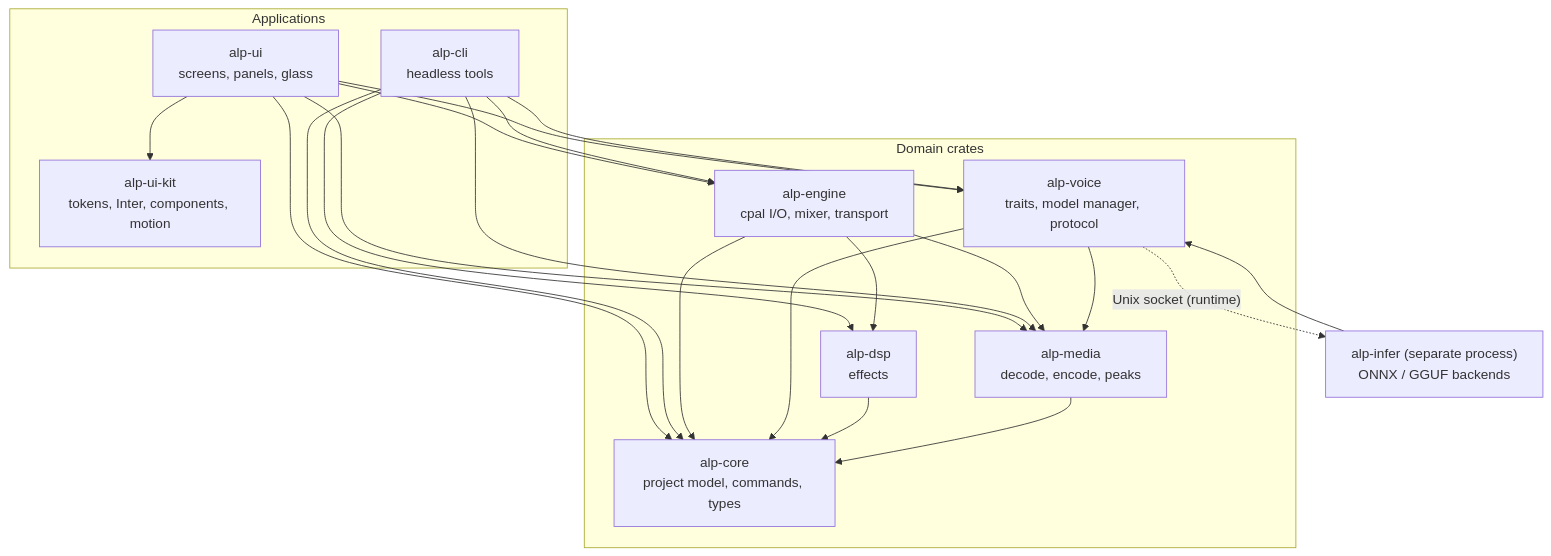
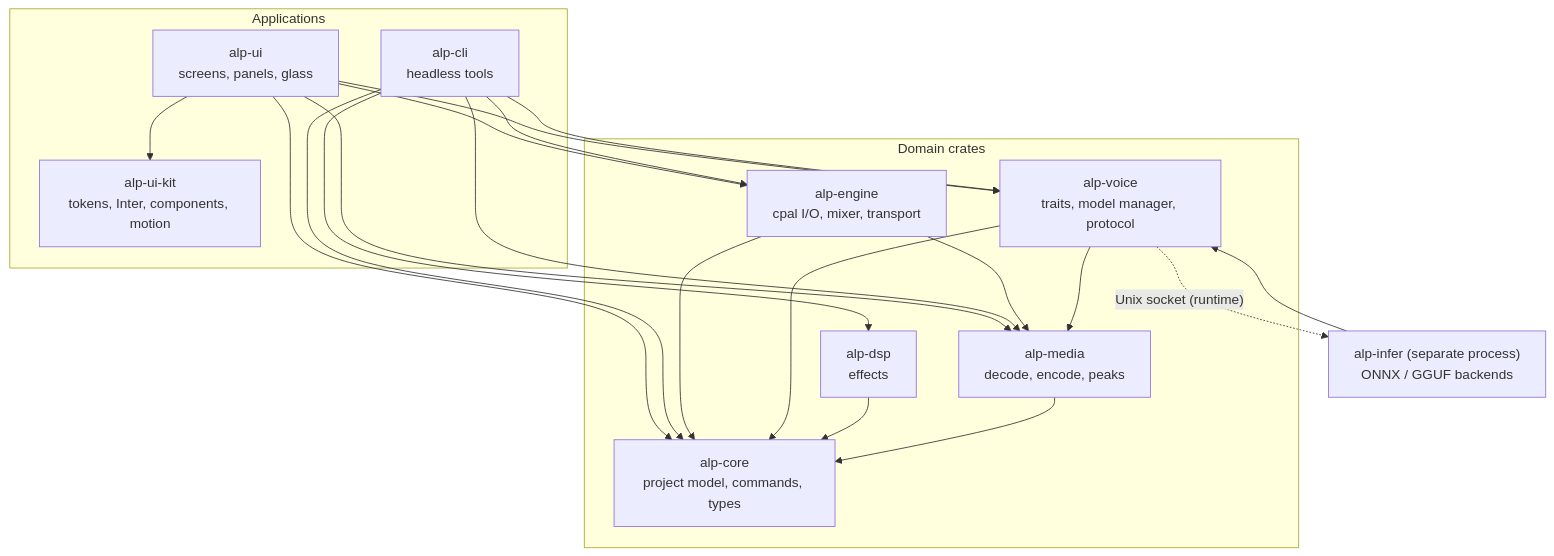
One commit to zvirox/audio-labs-pro changed the diagram in docs/architecture/ARCHITECTURE.md. Above: the diagram before and after it, drawn with Mermaid. The commit also changed other lines of this file and 113 other files, not shown here.

````diff
--- a/docs/architecture/ARCHITECTURE.md
+++ b/docs/architecture/ARCHITECTURE.md
@@ -24,36 +25,35 @@
 ```mermaid
 flowchart TD
   subgraph APP["Applications"]
     UI["alp-ui<br/>screens, panels, glass"]
     CLI["alp-cli<br/>headless tools"]
     KIT["alp-ui-kit<br/>tokens, Inter, components, motion"]
   end
   subgraph DOMAIN["Domain crates"]
     ENG["alp-engine<br/>cpal I/O, mixer, transport"]
     VOICE["alp-voice<br/>traits, model manager, protocol"]
     DSP["alp-dsp<br/>effects"]
     MEDIA["alp-media<br/>decode, encode, peaks"]
     CORE["alp-core<br/>project model, commands, types"]
   end
   INFER["alp-infer (separate process)<br/>ONNX / GGUF backends"]
 
   UI --> KIT
   UI --> ENG
   UI --> VOICE
   UI --> MEDIA
   UI --> CORE
   CLI --> ENG
   CLI --> VOICE
   CLI --> DSP
   CLI --> MEDIA
   CLI --> CORE
-  ENG --> DSP
   ENG --> MEDIA
   ENG --> CORE
   VOICE --> MEDIA
   VOICE --> CORE
   DSP --> CORE
   MEDIA --> CORE
   INFER --> VOICE
   VOICE -. "Unix socket (runtime)" .-> INFER
 ```
````
